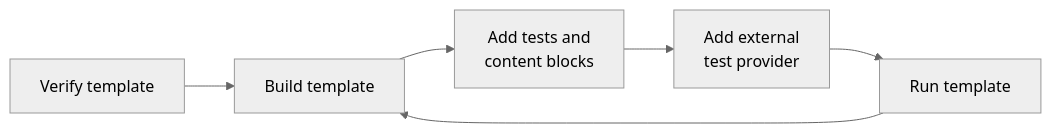
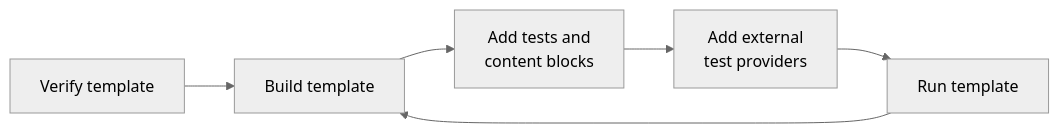
One commit to validmind/documentation changed the second of 2 diagrams in site/guide/get-started-developer-framework.qmd. Above: the diagram before and after it, drawn with Mermaid (neutral theme). The commit also changed other lines of this file and 7 other files, not shown here.

````diff
--- a/site/guide/get-started-developer-framework.qmd
+++ b/site/guide/get-started-developer-framework.qmd
@@ -72,9 +72,9 @@
 ```{mermaid}
 graph LR
     A[Verify template] --> B[Build template]
     B --> D[Add tests and<br>content blocks]
-    D --> E[Add external<br>test provider]
+    D --> E[Add external<br>test providers]
     E --> C[Run template]
     C --> B
 
 ```
````
